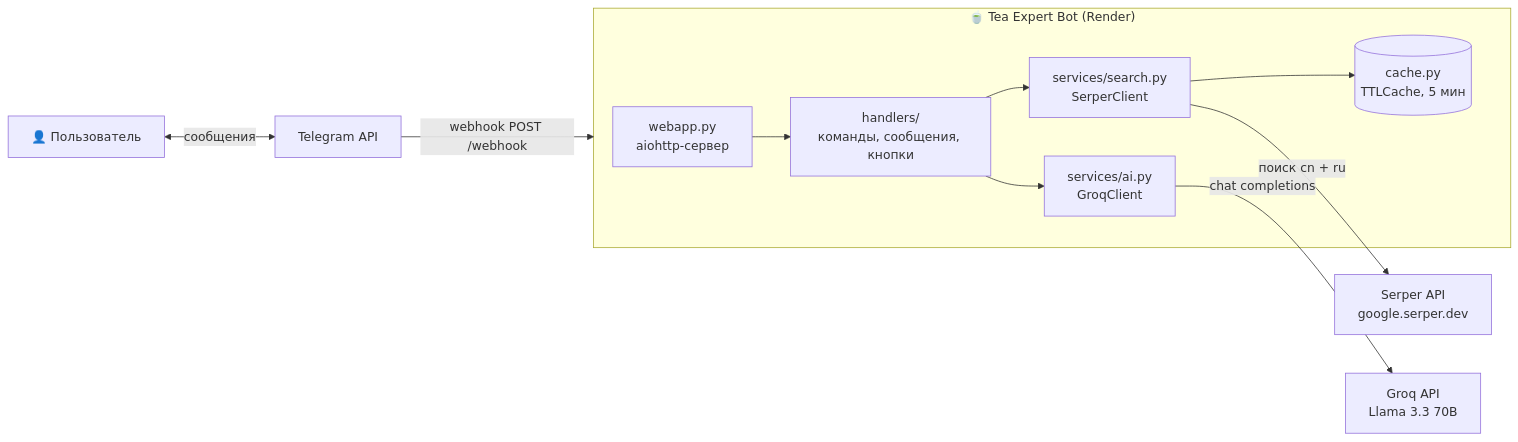
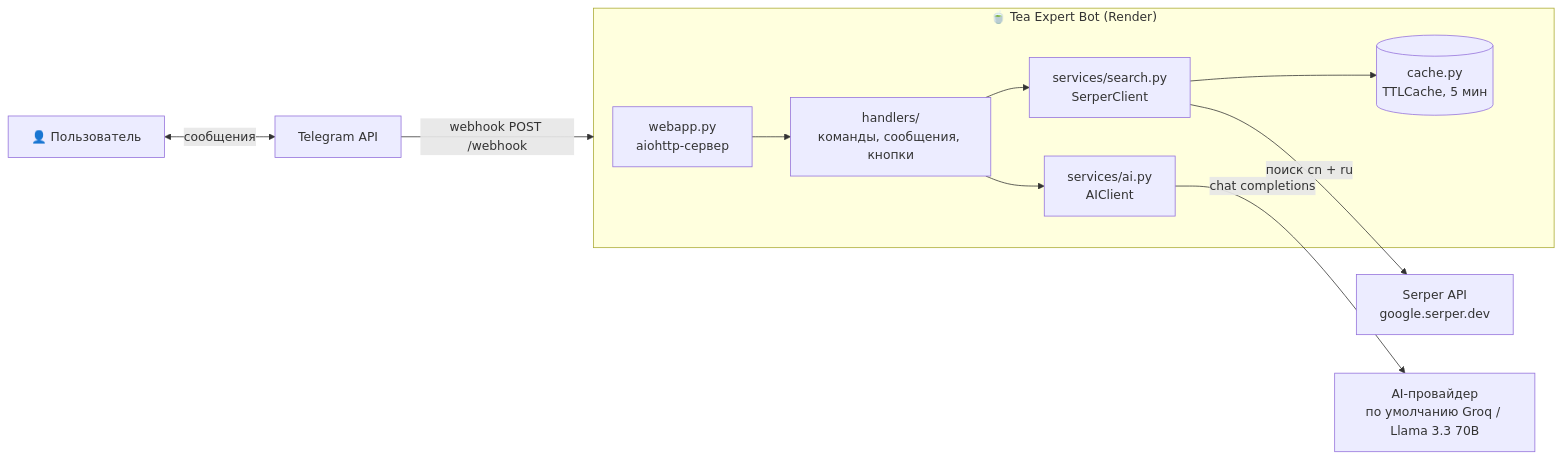
One commit to bazgen89-netizen/Yea-bot- changed the first of 3 diagrams in ARCHITECTURE.md. Above: the diagram before and after it, drawn with Mermaid. The commit also changed other lines of this file and 7 other files, not shown here.

````diff
--- a/ARCHITECTURE.md
+++ b/ARCHITECTURE.md
@@ -22,15 +22,15 @@
 ```mermaid
 flowchart LR
     U[👤 Пользователь] <-->|сообщения| TG[Telegram API]
     TG -->|webhook POST /webhook| APP
 
     subgraph APP["🍵 Tea Expert Bot (Render)"]
         WH[webapp.py<br/>aiohttp-сервер] --> H[handlers/<br/>команды, сообщения, кнопки]
         H --> S[services/search.py<br/>SerperClient]
-        H --> A[services/ai.py<br/>GroqClient]
+        H --> A[services/ai.py<br/>AIClient]
         S --> C[(cache.py<br/>TTLCache, 5 мин)]
     end
 
     S -->|поиск cn + ru| SERPER[Serper API<br/>google.serper.dev]
-    A -->|chat completions| GROQ[Groq API<br/>Llama 3.3 70B]
+    A -->|chat completions| GROQ[AI-провайдер<br/>по умолчанию Groq / Llama 3.3 70B]
 ```
````
